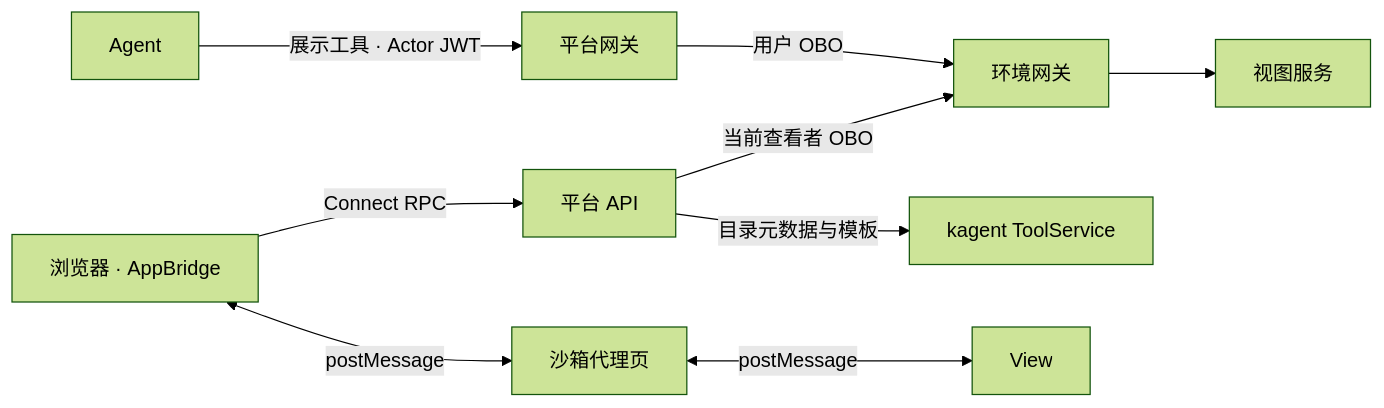
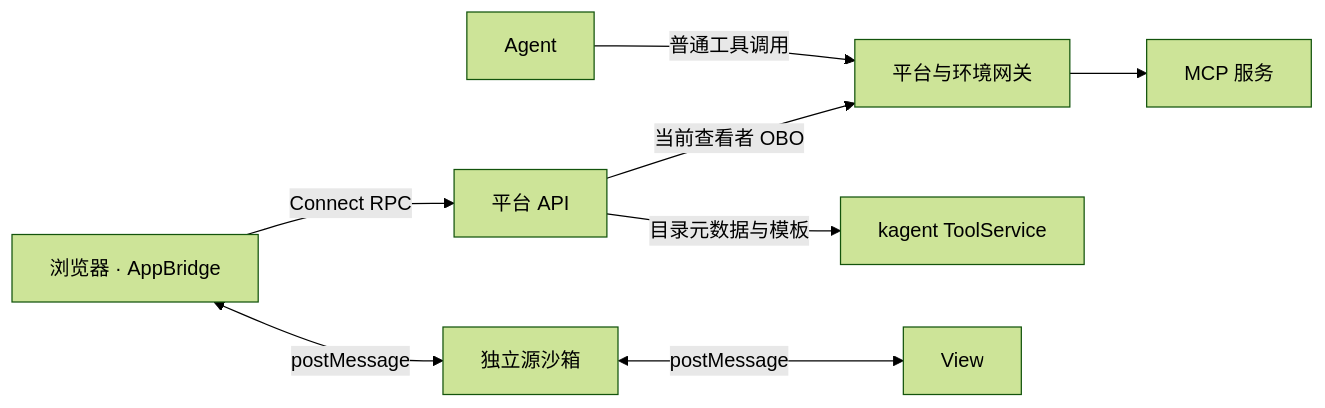
The diagram in docs/mcp-app.md (pood1e/agentos-platform), drawn with Mermaid (forest theme) before and after one commit. The commit also changed other lines of this file and 83 other files, not shown here.

````diff
--- a/docs/mcp-app.md
+++ b/docs/mcp-app.md
@@ -8,11 +7,10 @@
 ```mermaid
 flowchart LR
-    Agent[Agent] -->|展示工具 · Actor JWT| Platform[平台网关]
-    Platform -->|用户 OBO| Environment[环境网关]
-    Environment --> Views[视图服务]
-    API[平台 API] -->|目录元数据与模板| Kagent[kagent ToolService]
+    Agent[Agent] -->|普通工具调用| Gateway[平台与环境网关]
+    Gateway --> Service[MCP 服务]
+    API[平台 API] -->|目录元数据与模板| Runtime[kagent ToolService]
     Browser[浏览器 · AppBridge] -->|Connect RPC| API
-    Browser <-->|postMessage| Sandbox[沙箱代理页]
+    Browser <-->|postMessage| Sandbox[独立源沙箱]
     Sandbox <-->|postMessage| View[View]
-    API -->|当前查看者 OBO| Environment
+    API -->|当前查看者 OBO| Gateway
 ```
````
